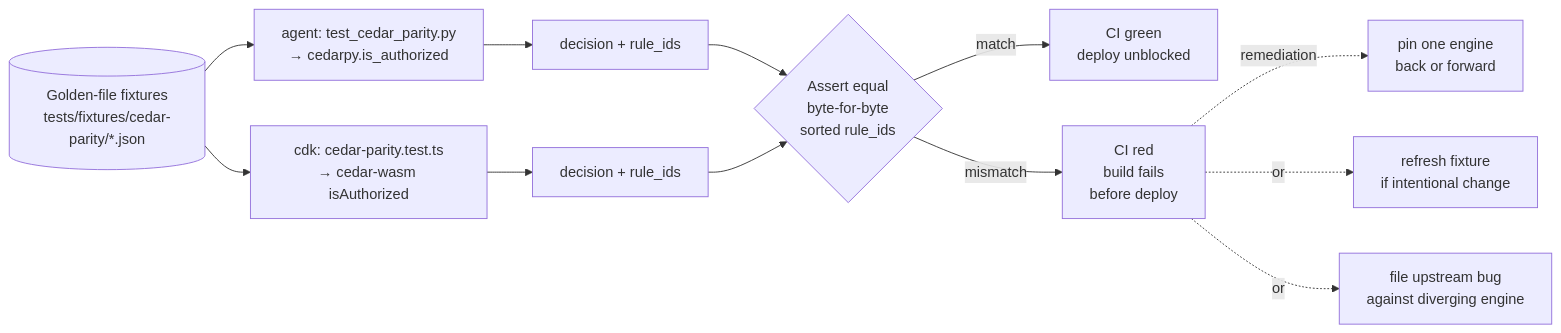
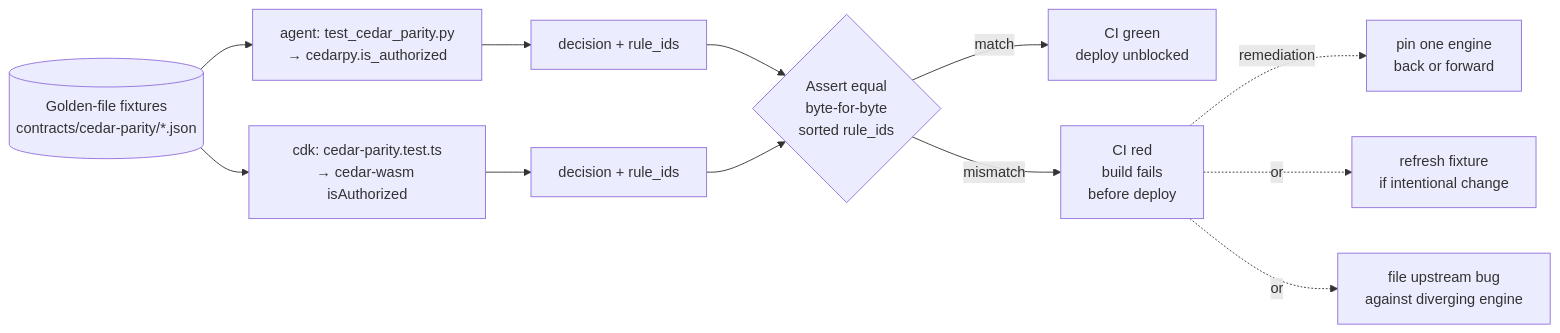
One commit to aws-samples/sample-autonomous-cloud-coding-agents changed the sixth of 6 diagrams in docs/design/CEDAR_HITL_GATES.md. Above: the diagram before and after it, drawn with Mermaid. The commit also changed other lines of this file and 16 other files, not shown here.

````diff
--- a/docs/design/CEDAR_HITL_GATES.md
+++ b/docs/design/CEDAR_HITL_GATES.md
@@ -2232,15 +2232,15 @@
 ```mermaid
 flowchart LR
-    F[(Golden-file fixtures<br/>tests/fixtures/cedar-parity/*.json)]
+    F[(Golden-file fixtures<br/>contracts/cedar-parity/*.json)]
     F --> PY[agent: test_cedar_parity.py<br/>→ cedarpy.is_authorized]
     F --> TS[cdk: cedar-parity.test.ts<br/>→ cedar-wasm isAuthorized]
     PY --> PYR[decision + rule_ids]
     TS --> TSR[decision + rule_ids]
     PYR --> EQ{Assert equal<br/>byte-for-byte<br/>sorted rule_ids}
     TSR --> EQ
     EQ -->|match| OK[CI green<br/>deploy unblocked]
     EQ -->|mismatch| FAIL[CI red<br/>build fails<br/>before deploy]
     FAIL -.remediation.-> R1[pin one engine<br/>back or forward]
     FAIL -.or.-> R2[refresh fixture<br/>if intentional change]
     FAIL -.or.-> R3[file upstream bug<br/>against diverging engine]
 ```
````
